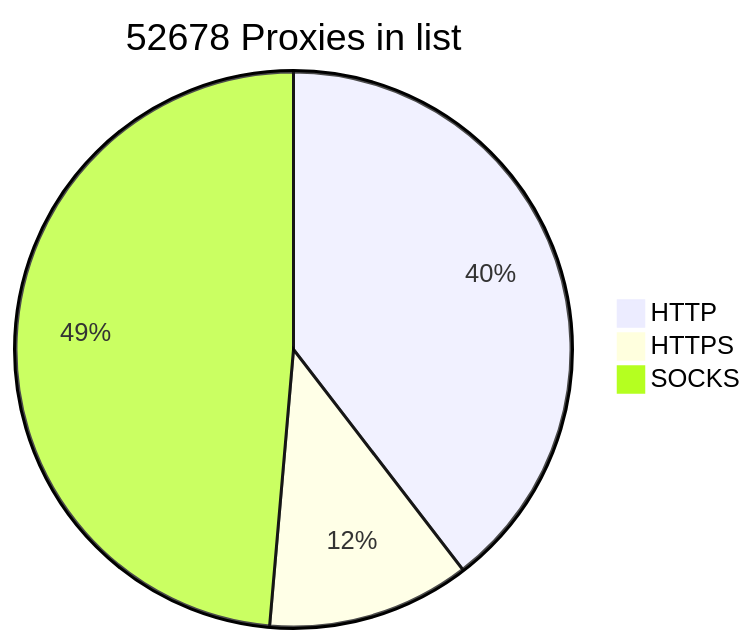
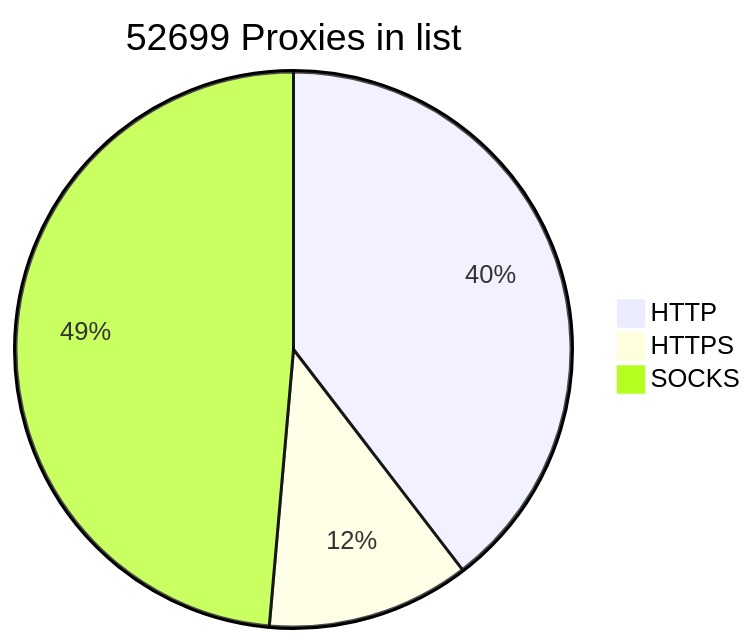
The diagram in README.md (BlackSnowDot/proxylist-update-every-minute), drawn with Mermaid before and after one commit.

````diff
--- a/README.md
+++ b/README.md
@@ -2,6 +2,6 @@
 ```mermaid
-pie title 52678 Proxies in list
-    "HTTP" : 23236
+pie title 52699 Proxies in list
+    "HTTP" : 23257
     "HTTPS": 6934
     "SOCKS" : 28558
 ```
````
